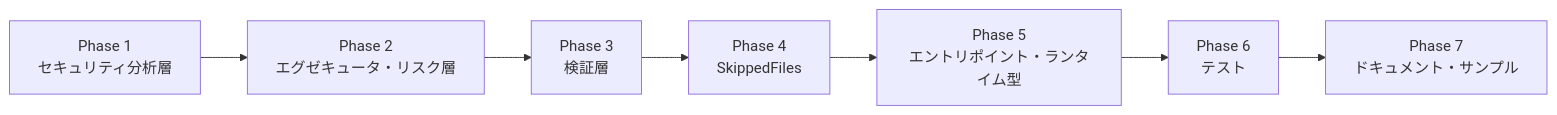
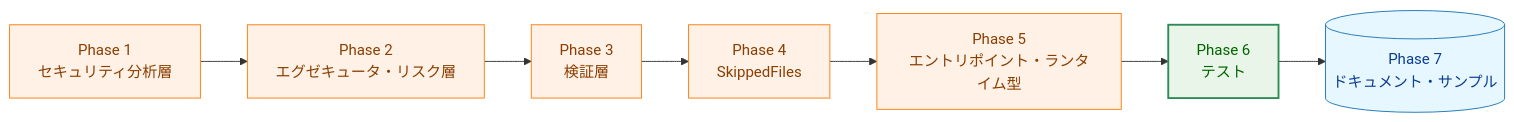
The third of 4 diagrams in docs/tasks/0087_remove_verify_standard_paths/04_implementation_plan.md (isseis/go-safe-cmd-runner), drawn with Mermaid before and after one commit. The commit also changed other lines of this file, not shown here.

Commit message:
docs: apply consistent Mermaid classDef styles and legends to task 0087 diagrams

````diff
--- a/docs/tasks/0087_remove_verify_standard_paths/04_implementation_plan.md
+++ b/docs/tasks/0087_remove_verify_standard_paths/04_implementation_plan.md
@@ -332,17 +354,25 @@
 ```mermaid
 flowchart LR
+    classDef data fill:#e6f7ff,stroke:#1f77b4,stroke-width:1px,color:#0b3d91;
+    classDef process fill:#fff1e6,stroke:#ff7f0e,stroke-width:1px,color:#8a3e00;
+    classDef enhanced fill:#e8f5e8,stroke:#2e8b57,stroke-width:2px,color:#006400;
+
     P1["Phase 1<br>セキュリティ分析層"]
     P2["Phase 2<br>エグゼキュータ・リスク層"]
     P3["Phase 3<br>検証層"]
     P4["Phase 4<br>SkippedFiles"]
     P5["Phase 5<br>エントリポイント・ランタイム型"]
     P6["Phase 6<br>テスト"]
-    P7["Phase 7<br>ドキュメント・サンプル"]
+    P7[("Phase 7<br>ドキュメント・サンプル")]
 
     P1 --> P2
     P2 --> P3
     P3 --> P4
     P4 --> P5
     P5 --> P6
     P6 --> P7
+
+    class P1,P2,P3,P4,P5 process;
+    class P6 enhanced;
+    class P7 data;
 ```
````
